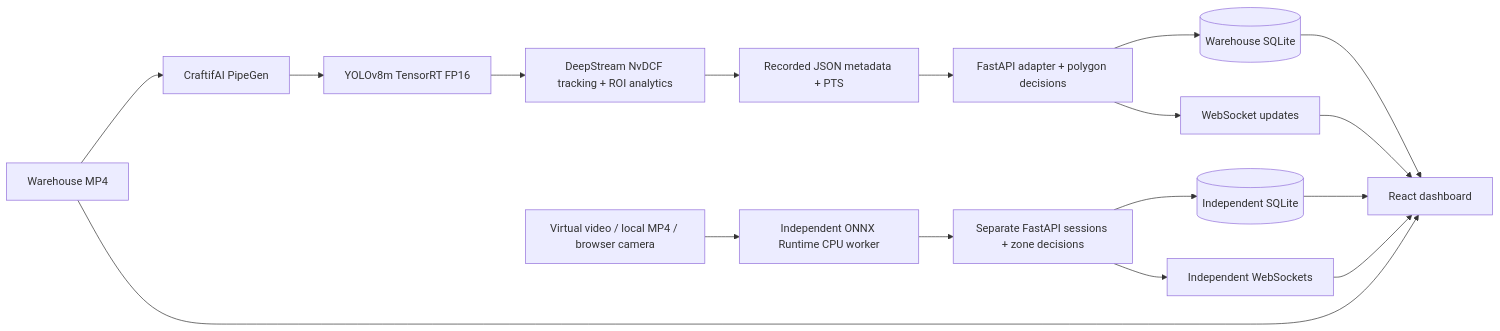
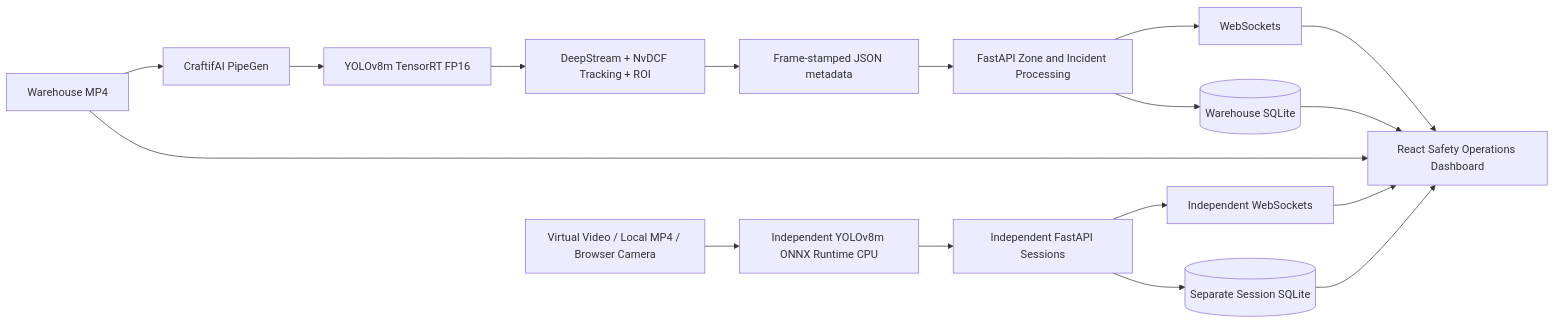
Before and after one commit to akilanpl/CraftifAIHackathon_CRA004: the diagram in README.md, drawn with Mermaid. The commit also changed other lines of this file, not shown here.

````diff
--- a/README.md
+++ b/README.md
@@ -21,19 +54,20 @@
 ```mermaid
 flowchart LR
-  V[Warehouse MP4] --> P[CraftifAI PipeGen]
-  P --> T[YOLOv8m TensorRT FP16]
-  T --> D[DeepStream NvDCF tracking + ROI analytics]
-  D --> J[Recorded JSON metadata + PTS]
-  J --> F[FastAPI adapter + polygon decisions]
-  F --> S[(Warehouse SQLite)]
-  F --> W[WebSocket updates]
-  W --> R[React dashboard]
-  V --> R
-  S --> R
-  U[Virtual video / local MP4 / browser camera] --> O[Independent ONNX Runtime CPU worker]
-  O --> A[Separate FastAPI sessions + zone decisions]
-  A --> Q[(Independent SQLite)]
-  A --> X[Independent WebSockets]
-  X --> R
-  Q --> R
+    VID[Warehouse MP4] --> PG[CraftifAI PipeGen]
+    PG --> TRT[YOLOv8m TensorRT FP16]
+    TRT --> DS[DeepStream + NvDCF Tracking + ROI]
+    DS --> JSON[Frame-stamped JSON metadata]
+    JSON --> API[FastAPI Zone and Incident Processing]
+    API --> DB[(Warehouse SQLite)]
+    API --> WS[WebSockets]
+    WS --> UI[React Safety Operations Dashboard]
+    DB --> UI
+    VID --> UI
+
+    CAM[Virtual Video / Local MP4 / Browser Camera] --> CPU[Independent YOLOv8m ONNX Runtime CPU]
+    CPU --> AIA[Independent FastAPI Sessions]
+    AIA --> AIDB[(Separate Session SQLite)]
+    AIA --> AIWS[Independent WebSockets]
+    AIWS --> UI
+    AIDB --> UI
 ```
````
